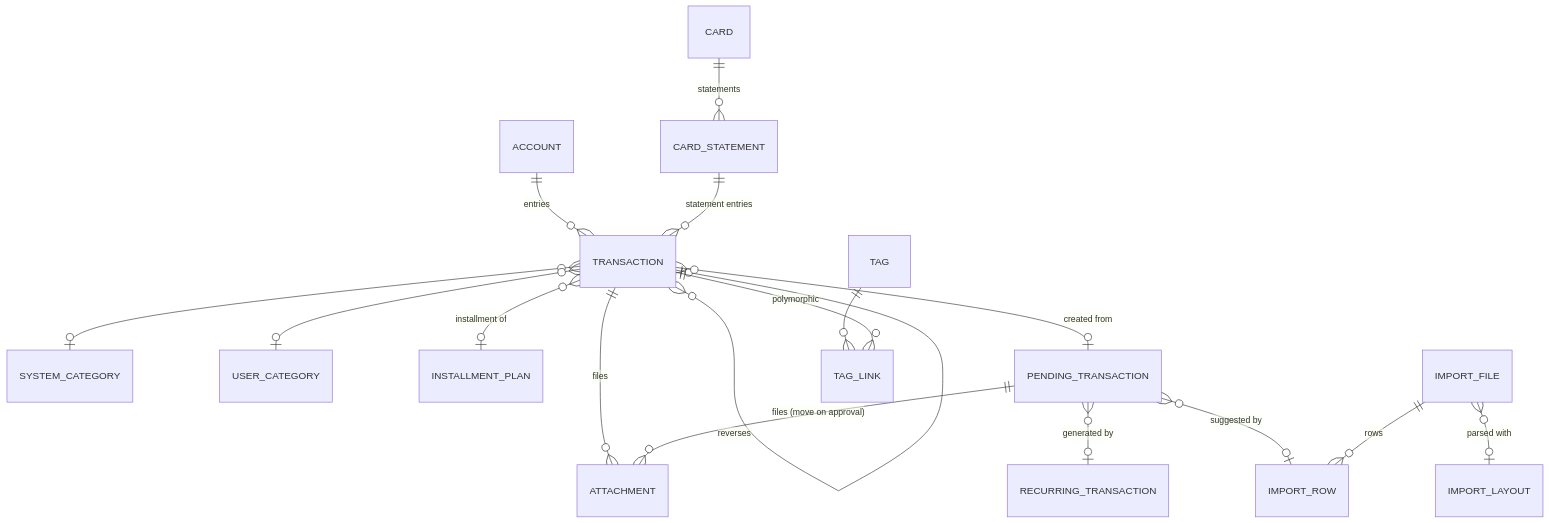
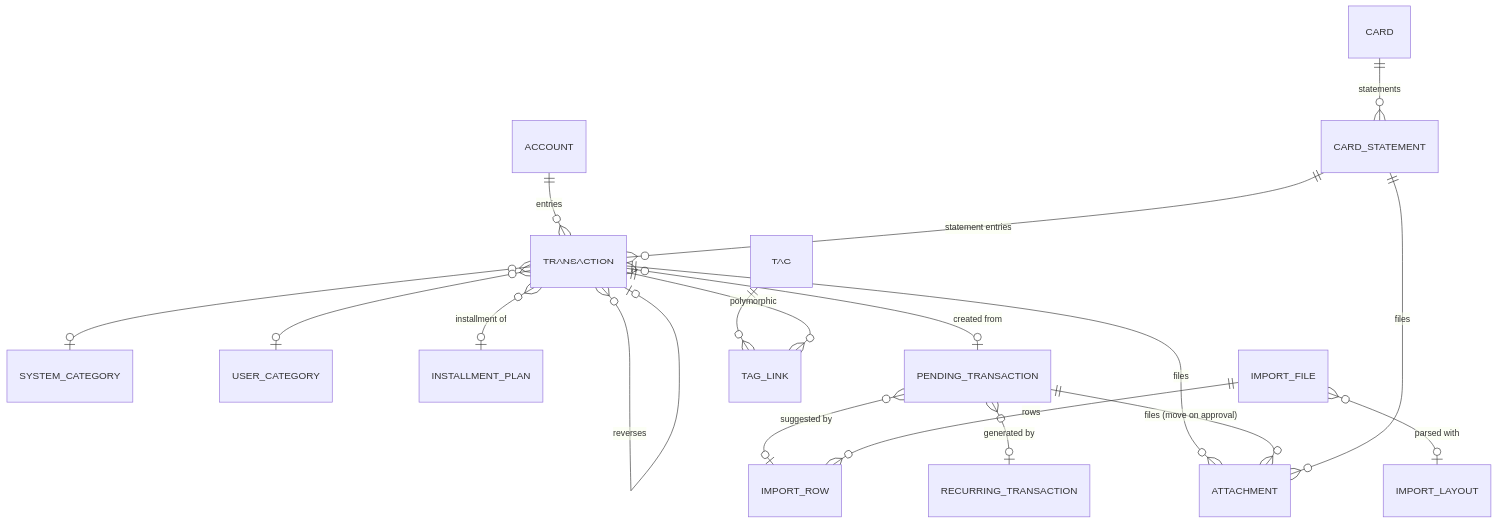
Before and after one commit to leonardopottmayer/pandora: the diagram in docs/modules/finances/en/data-model.md, drawn with Mermaid. The commit also changed other lines of this file and 48 other files, not shown here.

````diff
--- a/docs/modules/finances/en/data-model.md
+++ b/docs/modules/finances/en/data-model.md
@@ -309,19 +313,20 @@
 ```mermaid
 erDiagram
     ACCOUNT ||--o{ TRANSACTION : "entries"
     CARD ||--o{ CARD_STATEMENT : "statements"
     CARD_STATEMENT ||--o{ TRANSACTION : "statement entries"
     TRANSACTION }o--o| SYSTEM_CATEGORY : ""
     TRANSACTION }o--o| USER_CATEGORY : ""
     TRANSACTION }o--o| INSTALLMENT_PLAN : "installment of"
     TRANSACTION }o--o| TRANSACTION : "reverses"
     TRANSACTION }o--o| PENDING_TRANSACTION : "created from"
     PENDING_TRANSACTION }o--o| IMPORT_ROW : "suggested by"
     PENDING_TRANSACTION }o--o| RECURRING_TRANSACTION : "generated by"
     IMPORT_FILE ||--o{ IMPORT_ROW : "rows"
     IMPORT_FILE }o--o| IMPORT_LAYOUT : "parsed with"
     TAG ||--o{ TAG_LINK : ""
     TRANSACTION ||--o{ TAG_LINK : "polymorphic"
     TRANSACTION ||--o{ ATTACHMENT : "files"
     PENDING_TRANSACTION ||--o{ ATTACHMENT : "files (move on approval)"
+    CARD_STATEMENT ||--o{ ATTACHMENT : "files"
 ```
````
